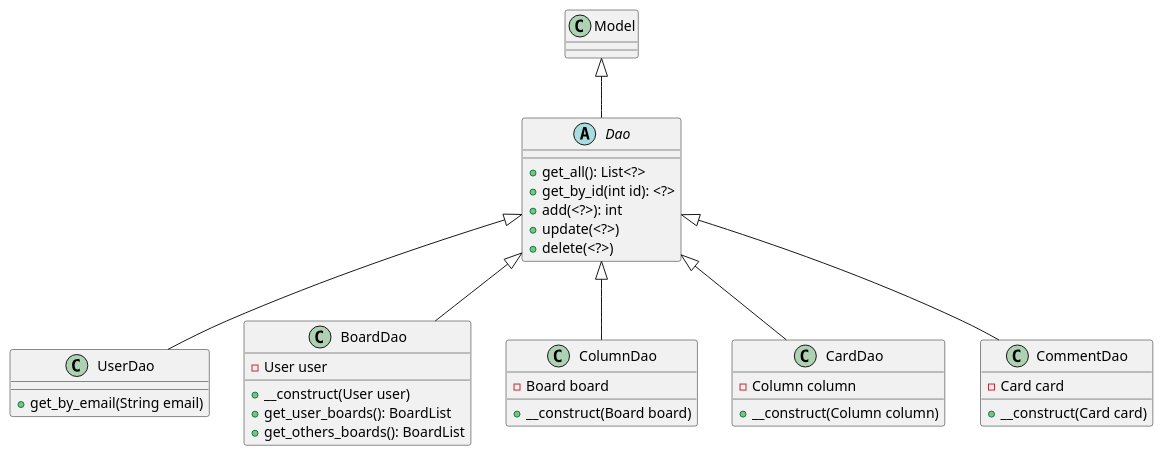
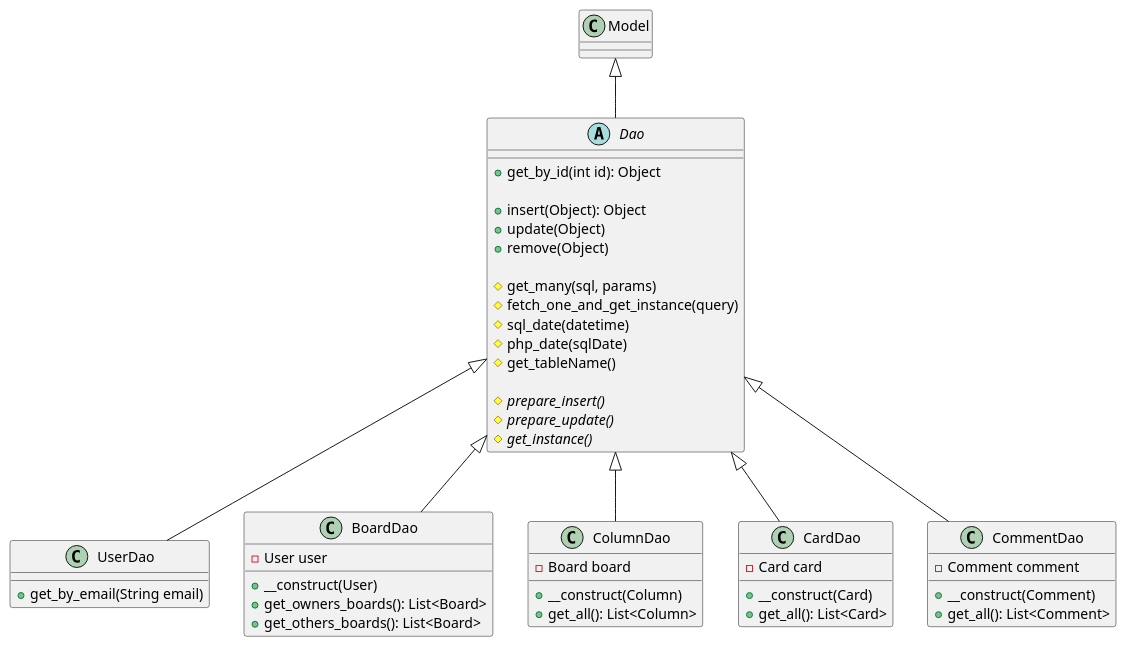
The first of 4 diagrams in analyse/Diagrammes-V2.md (etic4/mini-trello-php), drawn with PlantUML before and after one commit. The commit also changed other lines of this file and 2 other files, not shown here.

````diff
--- a/analyse/Diagrammes-V2.md
+++ b/analyse/Diagrammes-V2.md
@@ -27,39 +27,52 @@
 ```plantuml
 @startuml
 
 abstract class Dao extends Model {
-    + get_all(): List<?>
-    + get_by_id(int id): <?>
-    + add(<?>): int
-    + update(<?>)
-    + delete(<?>)
+    + get_by_id(int id): Object
+
+    + insert(Object): Object
+    + update(Object)
+    + remove(Object)
+    
+    # get_many(sql, params)
+    # fetch_one_and_get_instance(query)
+    # sql_date(datetime)
+    # php_date(sqlDate)
+    # get_tableName()
+
+    # {abstract} prepare_insert()
+    # {abstract} prepare_update()
+    # {abstract} get_instance()
 }
 
 class UserDao extends Dao {
     + get_by_email(String email) 
 }
 
 class BoardDao extends Dao {
     - User user
-    + __construct(User user)
-    + get_user_boards(): BoardList
-    + get_others_boards(): BoardList
+    + __construct(User)
+    + get_owners_boards(): List<Board>
+    + get_others_boards(): List<Board>
 }
 
 class ColumnDao extends Dao {
-- Board board
-+ __construct(Board board)
+    - Board board
+    + __construct(Column)
+    + get_all(): List<Column>
 }
     
 class CardDao extends Dao {
-    - Column column
-    + __construct(Column column)
+    - Card card
+    + __construct(Card)
+    + get_all(): List<Card>
 }
 
 class CommentDao extends Dao {
-    - Card card
-    + __construct(Card card)
+    - Comment comment
+    + __construct(Comment)
+    + get_all(): List<Comment>
 }
 
 @enduml
 ```
````
